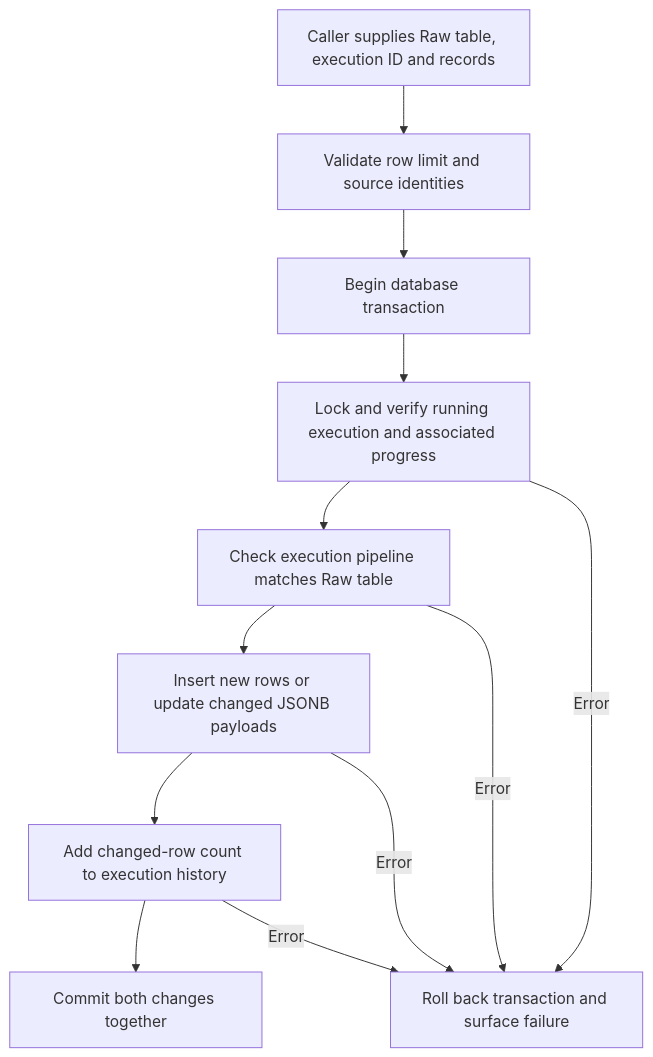
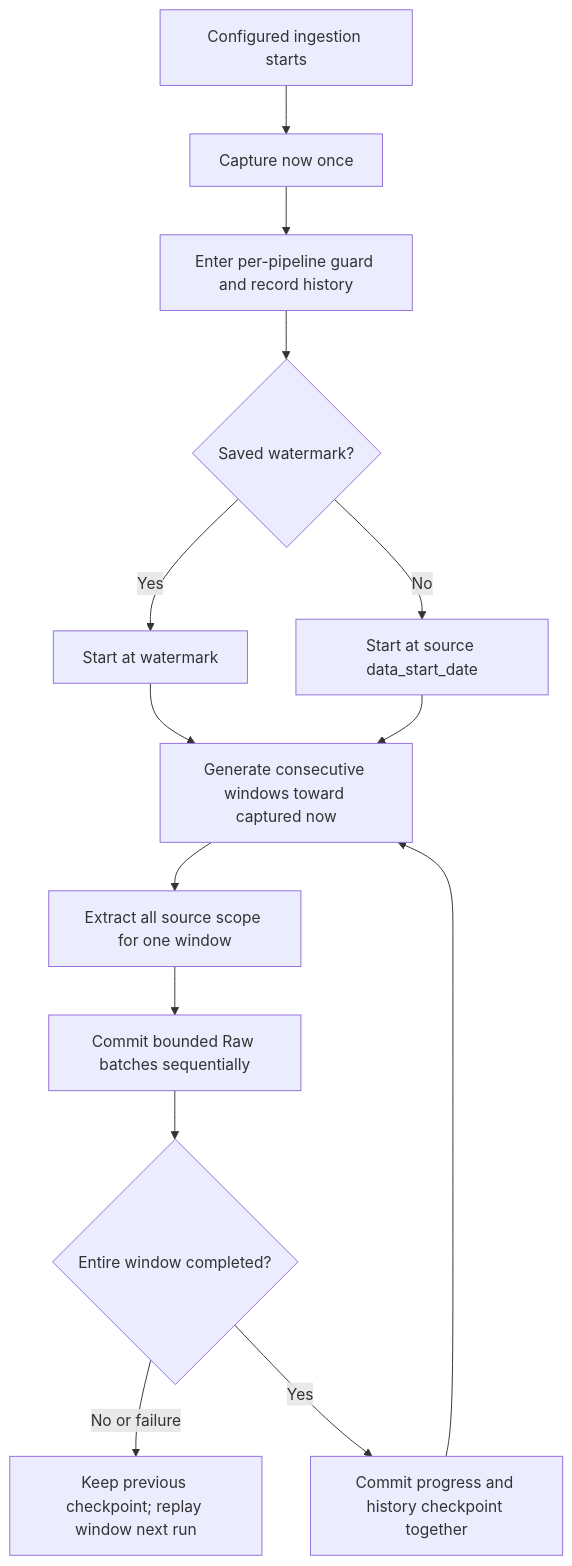
One commit to Shralp-Tamarack/data-pipeline-system-v2 changed the third of 3 diagrams in documentation/data-flow.md. Above: the diagram before and after it, drawn with Mermaid. The commit also changed other lines of this file and 42 other files, not shown here.

````diff
--- a/documentation/data-flow.md
+++ b/documentation/data-flow.md
@@ -50,14 +71,16 @@
 ```mermaid
 flowchart TD
-    A[Caller supplies Raw table, execution ID and records] --> B[Validate row limit and source identities]
-    B --> C[Begin database transaction]
-    C --> D[Lock and verify running execution and associated progress]
-    D --> E[Check execution pipeline matches Raw table]
-    E --> F[Insert new rows or update changed JSONB payloads]
-    F --> G[Add changed-row count to execution history]
-    G --> H[Commit both changes together]
-    D -->|Error| R[Roll back transaction and surface failure]
-    E -->|Error| R
-    F -->|Error| R
-    G -->|Error| R
+    A[Configured ingestion starts] --> B[Capture now once]
+    B --> C[Enter per-pipeline guard and record history]
+    C --> D{Saved watermark?}
+    D -->|Yes| E[Start at watermark]
+    D -->|No| F[Start at source data_start_date]
+    E --> G[Generate consecutive windows toward captured now]
+    F --> G
+    G --> H[Extract all source scope for one window]
+    H --> I[Commit bounded Raw batches sequentially]
+    I --> J{Entire window completed?}
+    J -->|No or failure| K[Keep previous checkpoint; replay window next run]
+    J -->|Yes| L[Commit progress and history checkpoint together]
+    L --> G
 ```
````
